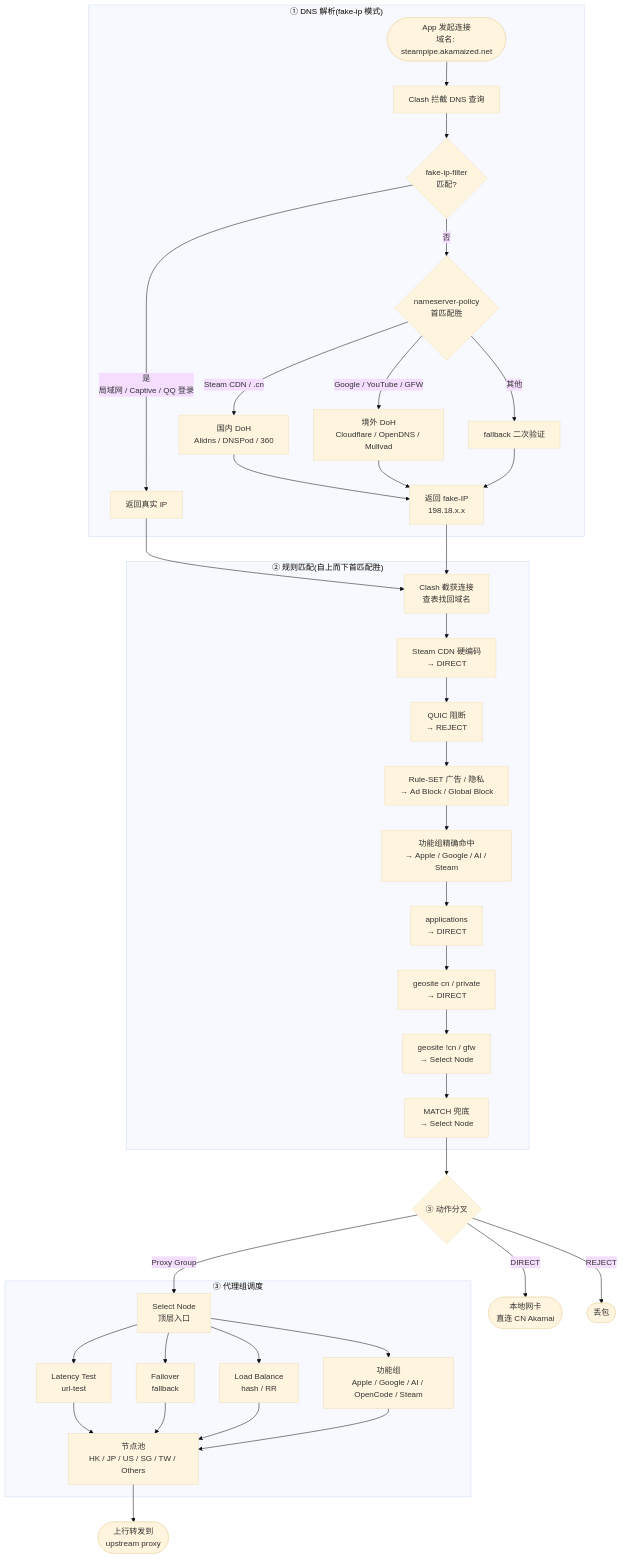
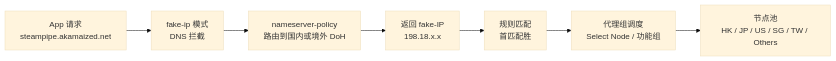
One commit to mowangmowang/clash-rule-scripts changed the diagram in README.md. Above: the diagram before and after it, drawn with Mermaid (base theme). The commit also changed other lines of this file and 1 other file, not shown here.

Commit message:
docs: simplify mermaid flow diagram to linear pipeline for better browser compatibility
Replaced the complex 25-node branched mermaid diagram with a 7-node linear LR flowchart (flowchart LR).

Expanded the key-points table from 5 to 7 rows to cover branching details removed from the diagram.

Synced both README.md and README_EN.md.

````diff
--- a/README.md
+++ b/README.md
@@ -128,48 +128,9 @@
 ```mermaid
-flowchart TD
-    Start([App 发起连接<br/>域名: steampipe.akamaized.net])
-
-    subgraph STAGE1["① DNS 解析(fake-ip 模式)"]
-        Start --> Q1[Clash 拦截 DNS 查询]
-        Q1 --> Q2{fake-ip-filter<br/>匹配?}
-        Q2 -->|是<br/>局域网 / Captive / QQ 登录| Q3[返回真实 IP]
-        Q2 -->|否| Q4{nameserver-policy<br/>首匹配胜}
-        Q4 -->|Steam CDN / .cn| Q5[国内 DoH<br/>Alidns / DNSPod / 360]
-        Q4 -->|Google / YouTube / GFW| Q6[境外 DoH<br/>Cloudflare / OpenDNS / Mullvad]
-        Q4 -->|其他| Q7[fallback 二次验证]
-        Q5 --> Q8[返回 fake-IP<br/>198.18.x.x]
-        Q6 --> Q8
-        Q7 --> Q8
-    end
-
-    subgraph STAGE2["② 规则匹配(自上而下首匹配胜)"]
-        Q3 --> R0[Clash 截获连接<br/>查表找回域名]
-        Q8 --> R0
-        R0 --> R1[Steam CDN 硬编码<br/>→ DIRECT]
-        R1 --> R2[QUIC 阻断<br/>→ REJECT]
-        R2 --> R3[Rule-SET 广告 / 隐私<br/>→ Ad Block / Global Block]
-        R3 --> R4[功能组精确命中<br/>→ Apple / Google / AI / Steam]
-        R4 --> R5[applications<br/>→ DIRECT]
-        R5 --> R6[geosite cn / private<br/>→ DIRECT]
-        R6 --> R7[geosite !cn / gfw<br/>→ Select Node]
-        R7 --> R8[MATCH 兜底<br/>→ Select Node]
-    end
-
-    R8 --> ACT{③ 动作分叉}
-    ACT -->|DIRECT| END1([本地网卡<br/>直连 CN Akamai])
-    ACT -->|REJECT| END2([丢包])
-    ACT -->|Proxy Group| GRP
-
-    subgraph STAGE3["③ 代理组调度"]
-        GRP[Select Node<br/>顶层入口] --> G2[Latency Test<br/>url-test]
-        GRP --> G3[Failover<br/>fallback]
-        GRP --> G4[Load Balance<br/>hash / RR]
-        GRP --> G5[功能组<br/>Apple / Google / AI / OpenCode / Steam]
-        G2 --> POOL[节点池<br/>HK / JP / US / SG / TW / Others]
-        G3 --> POOL
-        G4 --> POOL
-        G5 --> POOL
-    end
-
-    POOL --> END3([上行转发到<br/>upstream proxy])
+flowchart LR
+    A[App 请求<br/>steampipe.akamaized.net] --> B[fake-ip 模式<br/>DNS 拦截]
+    B --> C[nameserver-policy<br/>路由到国内或境外 DoH]
+    C --> D[返回 fake-IP<br/>198.18.x.x]
+    D --> E[规则匹配<br/>首匹配胜]
+    E --> F[代理组调度<br/>Select Node / 功能组]
+    F --> G[节点池<br/>HK / JP / US / SG / TW / Others]
 ```
````
